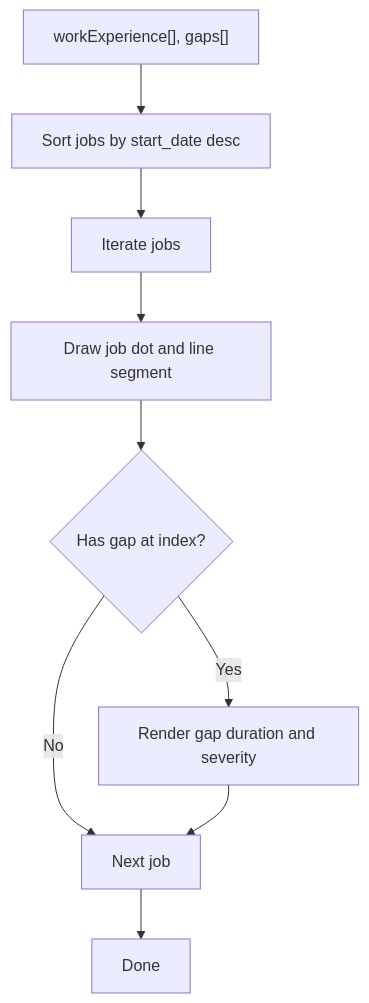
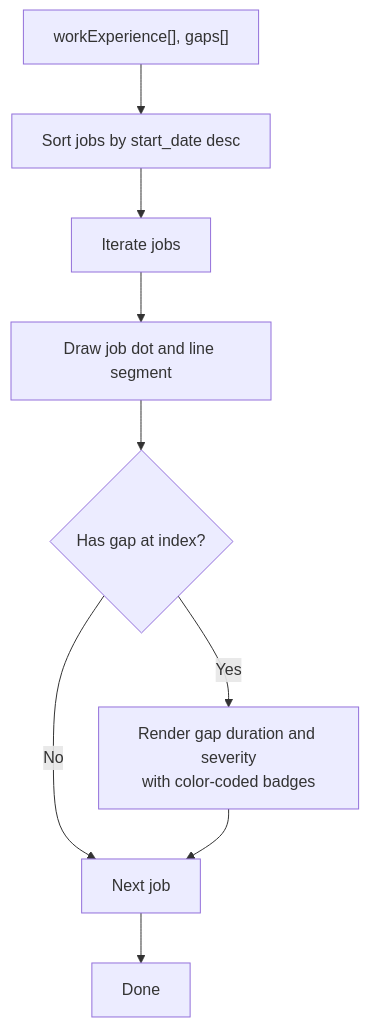
One commit to Revanththetalogics/aireume changed the fifth of 9 diagrams in .qoder/repowiki/en/content/Reporting & Analytics/Comparison & Visualization.md. Above: the diagram before and after it, drawn with Mermaid. The commit also changed other lines of this file and 6 other files, not shown here.

````diff
--- a/.qoder/repowiki/en/content/Reporting & Analytics/Comparison & Visualization.md
+++ b/.qoder/repowiki/en/content/Reporting & Analytics/Comparison & Visualization.md
@@ -210,11 +242,11 @@
 ```mermaid
 flowchart TD
 Input["workExperience[], gaps[]"] --> Sort["Sort jobs by start_date desc"]
 Sort --> Iterate["Iterate jobs"]
 Iterate --> Draw["Draw job dot and line segment"]
 Draw --> GapCheck{"Has gap at index?"}
-GapCheck --> |Yes| Gap["Render gap duration and severity"]
+GapCheck --> |Yes| Gap["Render gap duration and severity<br/>with color-coded badges"]
 GapCheck --> |No| Next["Next job"]
 Gap --> Next
 Next --> End["Done"]
 ```
````
